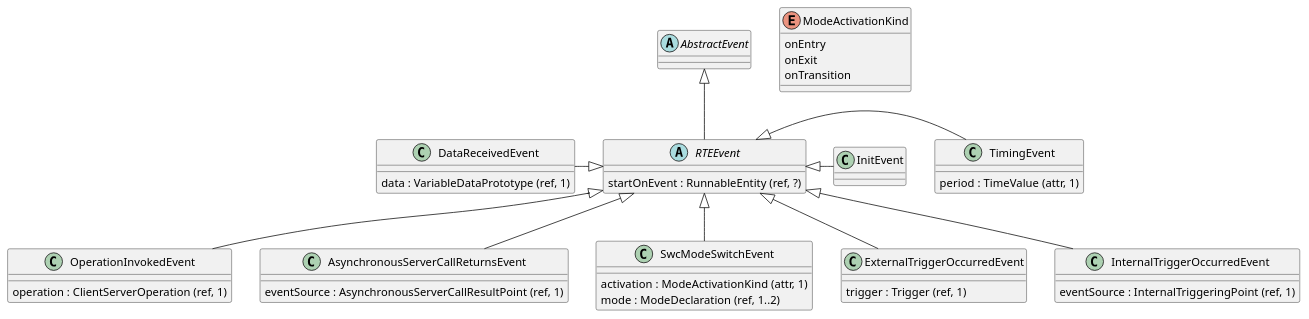
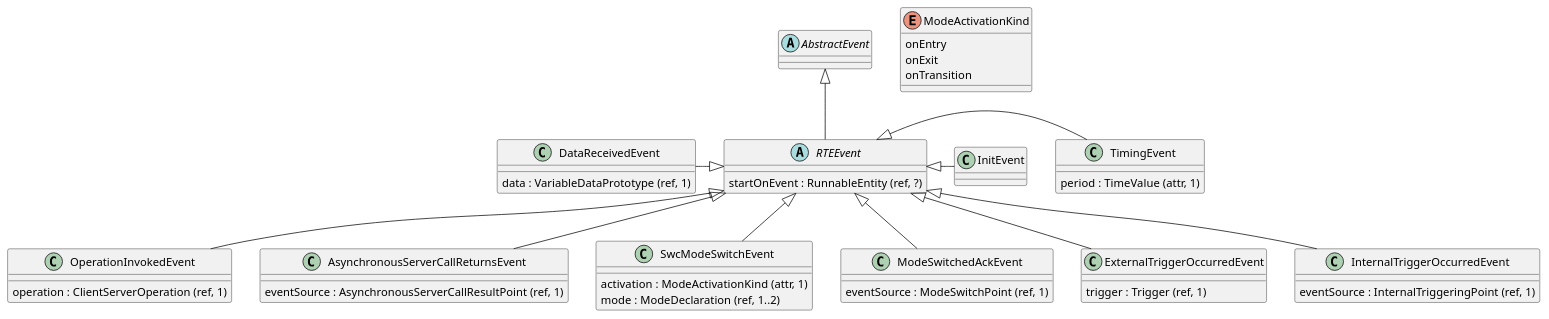
One commit to hazemanwer2000/knowledge-base changed diagram 15 of 19 in vault-base/Topics/Technical-Topics/OS/AUTOSAR/General/AUTOSAR-SW-Components.md. Above: the diagram before and after it, drawn with PlantUML. The commit also changed other lines of this file, not shown here.

Commit message:
AUTOSAR-SWC!

````diff
--- a/vault-base/Topics/Technical-Topics/OS/AUTOSAR/General/AUTOSAR-SW-Components.md
+++ b/vault-base/Topics/Technical-Topics/OS/AUTOSAR/General/AUTOSAR-SW-Components.md
@@ -271,43 +271,47 @@
 ```plantuml
 abstract AbstractEvent
 abstract RTEEvent {
 	startOnEvent : RunnableEntity (ref, ?)
 }
 class TimingEvent {
 	period : TimeValue (attr, 1)
 }
 class InitEvent
 class DataReceivedEvent {
 	data : VariableDataPrototype (ref, 1)
 }
 class OperationInvokedEvent {
 	operation : ClientServerOperation (ref, 1)
 }
 class AsynchronousServerCallReturnsEvent {
 	eventSource : AsynchronousServerCallResultPoint (ref, 1)
 }
 class SwcModeSwitchEvent {
 	activation : ModeActivationKind (attr, 1)
 	mode : ModeDeclaration (ref, 1..2)
 }
+class ModeSwitchedAckEvent {
+	eventSource : ModeSwitchPoint (ref, 1)
+}
 class ExternalTriggerOccurredEvent {
 	trigger : Trigger (ref, 1)
 }
 class InternalTriggerOccurredEvent {
 	eventSource : InternalTriggeringPoint (ref, 1)
 }
 enum ModeActivationKind {
 	onEntry
 	onExit
 	onTransition
 }
 AbstractEvent <|-- RTEEvent
 RTEEvent <|-right- TimingEvent
 RTEEvent <|-right- InitEvent
 RTEEvent <|-left- DataReceivedEvent
 RTEEvent <|-- OperationInvokedEvent
 RTEEvent <|-- AsynchronousServerCallReturnsEvent
 RTEEvent <|-- SwcModeSwitchEvent
+RTEEvent <|-- ModeSwitchedAckEvent
 RTEEvent <|-- ExternalTriggerOccurredEvent
 RTEEvent <|-- InternalTriggerOccurredEvent
 ```
````
